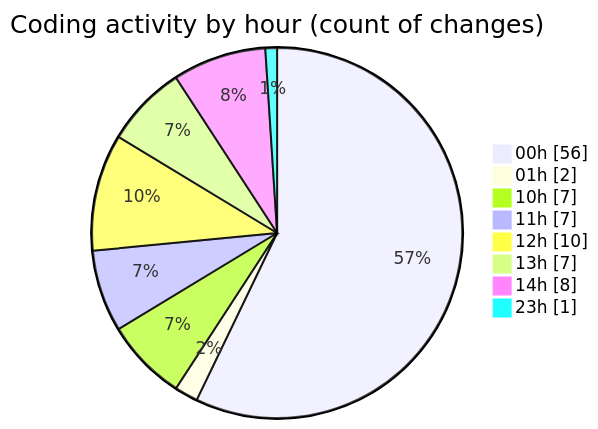
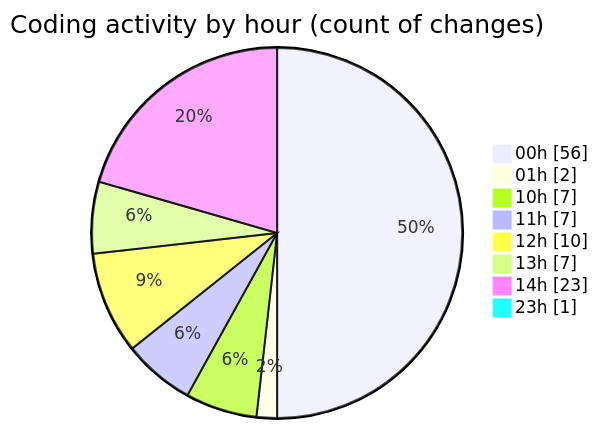
The second of 2 diagrams in 2026-03-15/nxtqube_webapp/README.md (nxtqubesakshisongat/code-tracking), drawn with Mermaid before and after one commit. The commit also changed other lines of this file and 1 other file, not shown here.

````diff
--- a/2026-03-15/nxtqube_webapp/README.md
+++ b/2026-03-15/nxtqube_webapp/README.md
@@ -34,12 +41,12 @@
 ```mermaid
 pie showData
 title Coding activity by hour (count of changes)
 "00h" : 56
 "01h" : 2
 "10h" : 7
 "11h" : 7
 "12h" : 10
 "13h" : 7
-"14h" : 8
+"14h" : 23
 "23h" : 1
 ```
````
